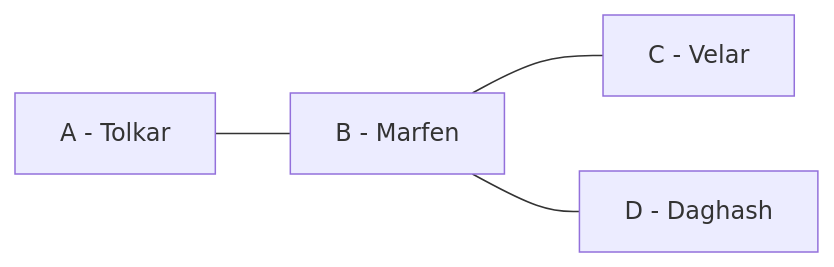
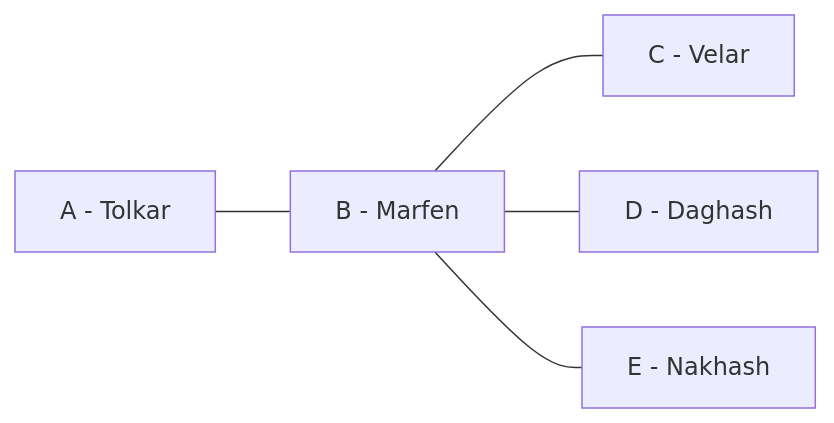
One commit to rstevenson1237/setting_builder changed the diagram in setting/region/Connections.mmd. Above: the diagram before and after it, drawn with Mermaid. The commit also changed 46 other files, not shown here.

````diff
--- a/setting/region/Connections.mmd
+++ b/setting/region/Connections.mmd
@@ -1,6 +1,7 @@
 ```mermaid
 graph LR
     A["A - Tolkar"] --- B["B - Marfen"]
     B --- C["C - Velar"]
     B --- D["D - Daghash"]
+    B --- E["E - Nakhash"]
 ```
````
